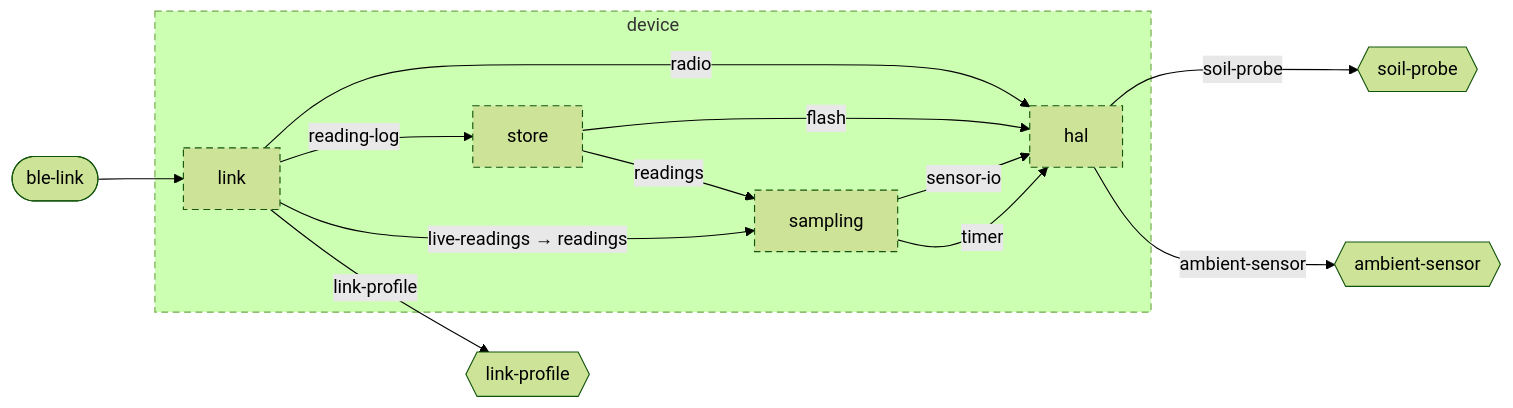
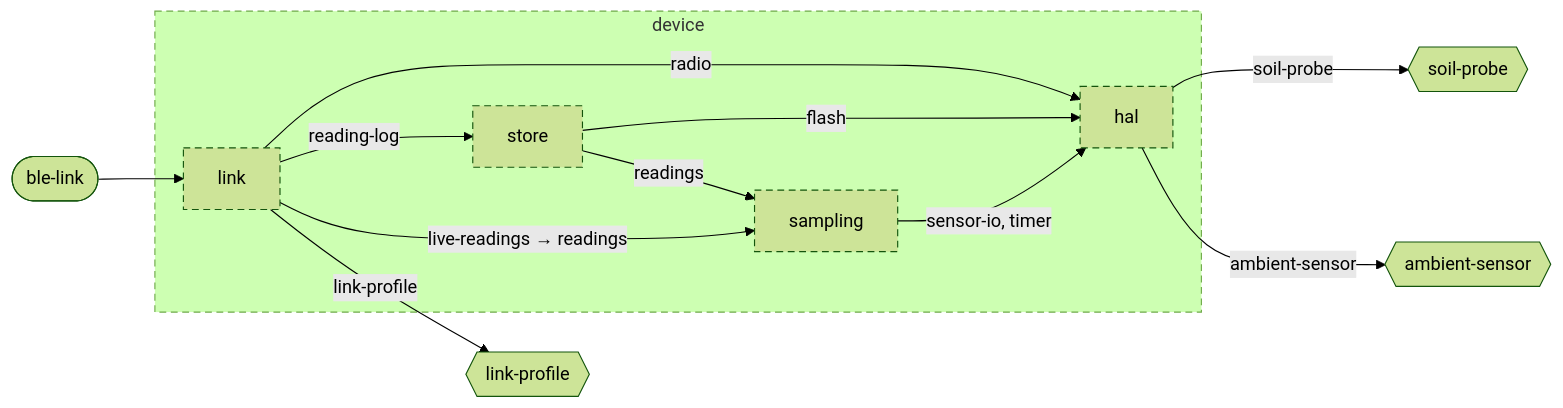
One commit to wackazong/unifold changed the diagram in examples/plantwatch/device/doc/diagrams/component.md. Above: the diagram before and after it, drawn with Mermaid (forest theme). The commit also changed other lines of this file and 330 other files, not shown here.

````diff
--- a/examples/plantwatch/device/doc/diagrams/component.md
+++ b/examples/plantwatch/device/doc/diagrams/component.md
@@ -8,31 +8,27 @@
 ```mermaid
 flowchart LR
   subgraph u_device["device"]
-    u_device_hal["hal"]
-    u_device_link["link"]
-    u_device_sampling["sampling"]
-    u_device_store["store"]
+    u_device__hal["hal"]
+    u_device__link["link"]
+    u_device__sampling["sampling"]
+    u_device__store["store"]
   end
-  p_device_ble_link(["ble-link"])
-  n_device_soil_probe{{"soil-probe"}}
-  n_device_ambient_sensor{{"ambient-sensor"}}
-  n_device_link_profile{{"link-profile"}}
-  p_device_ble_link --> u_device_link
-  u_device_hal -->|"soil-probe"| n_device_soil_probe
-  u_device_hal -->|"ambient-sensor"| n_device_ambient_sensor
-  u_device_sampling -->|"sensor-io"| u_device_hal
-  u_device_sampling -->|"timer"| u_device_hal
-  u_device_store -->|"flash"| u_device_hal
-  u_device_store -->|"readings"| u_device_sampling
-  u_device_link -->|"radio"| u_device_hal
-  u_device_link -->|"reading-log"| u_device_store
-  u_device_link -->|"live-readings → readings"| u_device_sampling
-  u_device_link -->|"link-profile"| n_device_link_profile
-  click u_device_hal href "../../hal/README.md"
-  click u_device_link href "../../link/README.md"
-  click u_device_sampling href "../../sampling/README.md"
-  click u_device_store href "../../store/README.md"
+  p_device___ble_dlink(["ble-link"])
+  n_device___soil_dprobe{{"soil-probe"}}
+  n_device___ambient_dsensor{{"ambient-sensor"}}
+  n_device___link_dprofile{{"link-profile"}}
+  p_device___ble_dlink --> u_device__link
+  u_device__hal -->|"soil-probe"| n_device___soil_dprobe
+  u_device__hal -->|"ambient-sensor"| n_device___ambient_dsensor
+  u_device__sampling -->|"sensor-io, timer"| u_device__hal
+  u_device__store -->|"flash"| u_device__hal
+  u_device__store -->|"readings"| u_device__sampling
+  u_device__link -->|"radio"| u_device__hal
+  u_device__link -->|"reading-log"| u_device__store
+  u_device__link -->|"live-readings → readings"| u_device__sampling
+  u_device__link -->|"link-profile"| n_device___link_dprofile
   classDef focus stroke-width:4px
   classDef planned stroke-dasharray:6 4
-  class u_device,u_device_hal,u_device_link,u_device_sampling,u_device_store planned
+  classDef plain stroke-dasharray:2 3
+  class u_device,u_device__hal,u_device__link,u_device__sampling,u_device__store planned
 ```
````
